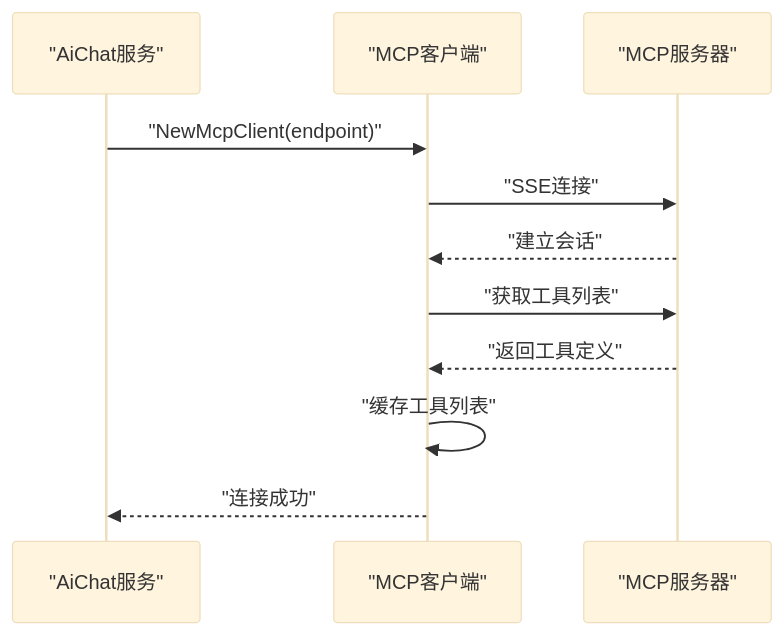
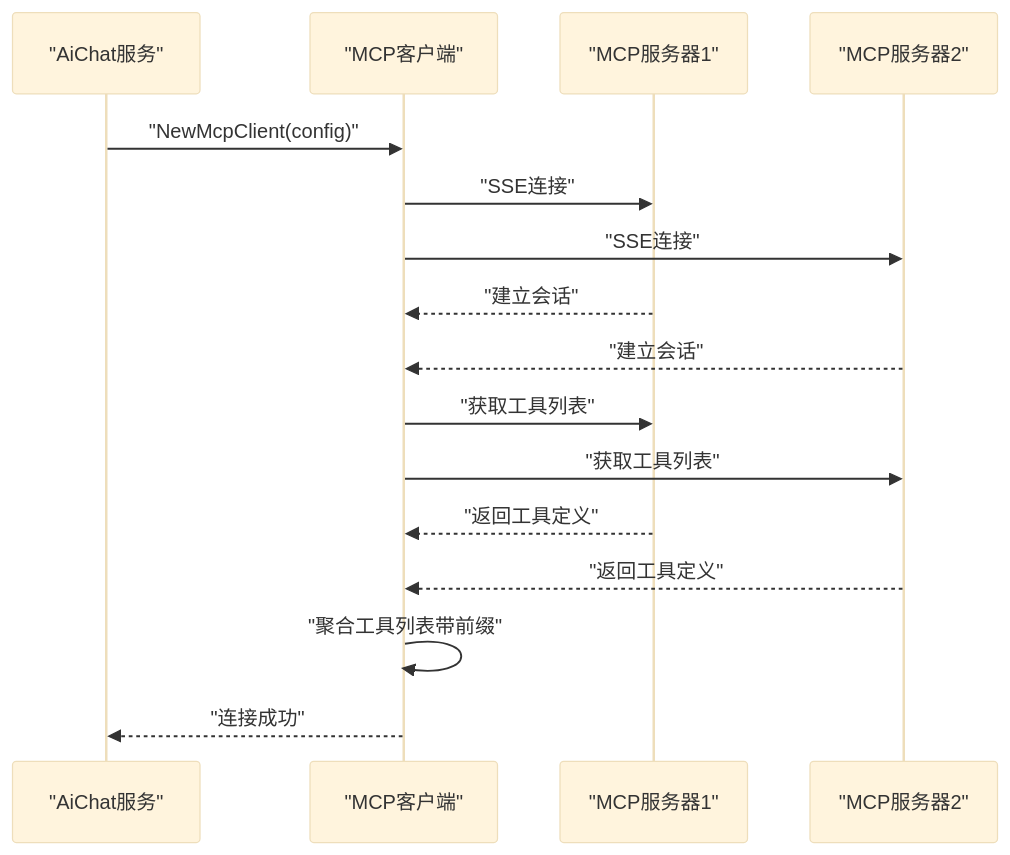
Before and after one commit to maomao94/zero-service: the sixth of 8 diagrams in .qoder/repowiki/zh/content/AI应用模块/AI应用模块.md, drawn with Mermaid (base theme). The commit also changed other lines of this file and 6 other files, not shown here.

````diff
--- a/.qoder/repowiki/zh/content/AI应用模块/AI应用模块.md
+++ b/.qoder/repowiki/zh/content/AI应用模块/AI应用模块.md
@@ -374,13 +393,18 @@
 ```mermaid
 sequenceDiagram
 participant AC as "AiChat服务"
 participant MC as "MCP客户端"
-participant MS as "MCP服务器"
-AC->>MC : "NewMcpClient(endpoint)"
-MC->>MS : "SSE连接"
-MS-->>MC : "建立会话"
-MC->>MS : "获取工具列表"
-MS-->>MC : "返回工具定义"
-MC->>MC : "缓存工具列表"
+participant MS1 as "MCP服务器1"
+participant MS2 as "MCP服务器2"
+AC->>MC : "NewMcpClient(config)"
+MC->>MS1 : "SSE连接"
+MC->>MS2 : "SSE连接"
+MS1-->>MC : "建立会话"
+MS2-->>MC : "建立会话"
+MC->>MS1 : "获取工具列表"
+MC->>MS2 : "获取工具列表"
+MS1-->>MC : "返回工具定义"
+MS2-->>MC : "返回工具定义"
+MC->>MC : "聚合工具列表带前缀"
 MC-->>AC : "连接成功"
 ```
````
